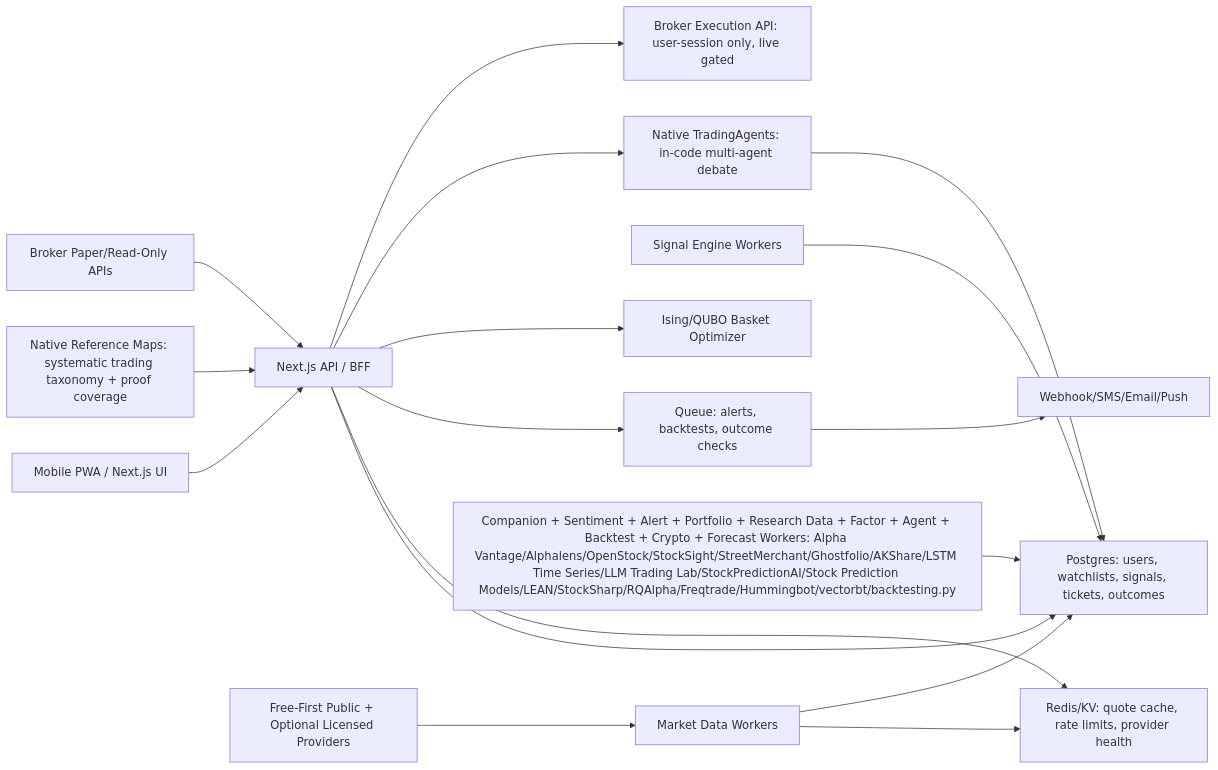
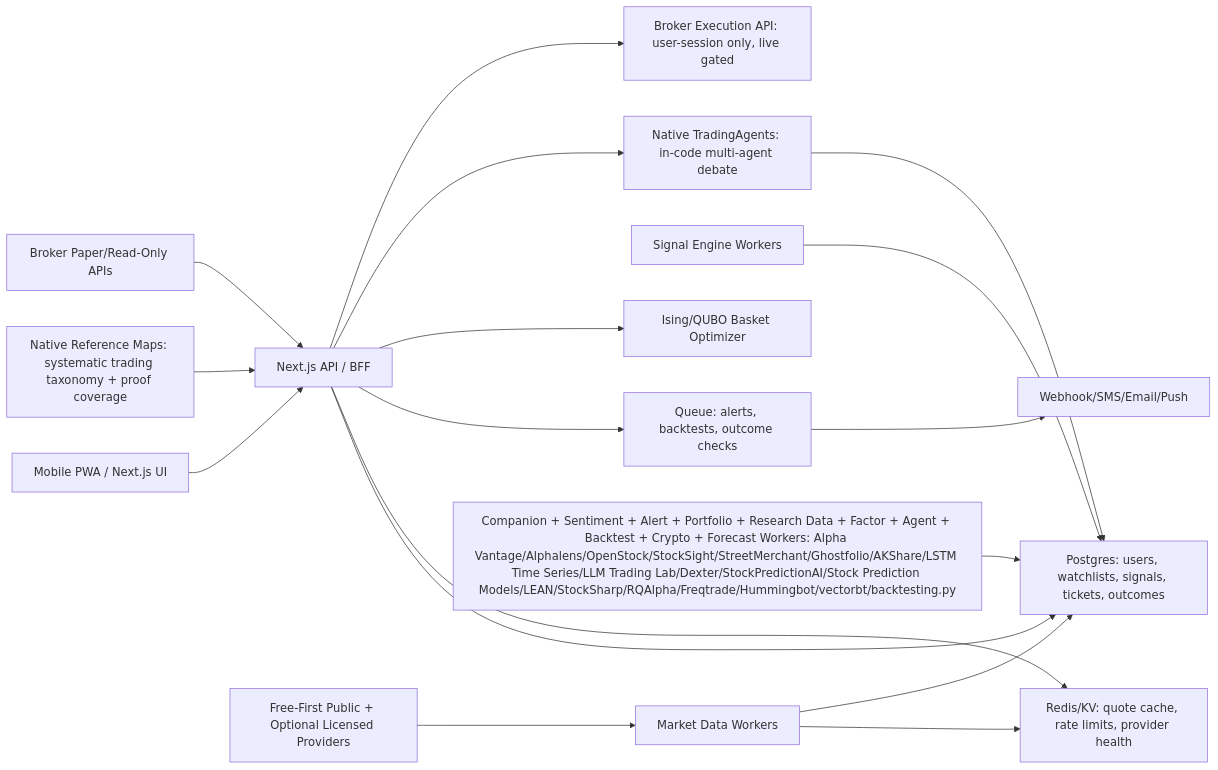
The diagram in docs/ARCHITECTURE.md (pinohu/trading-intel), drawn with Mermaid before and after one commit. The commit also changed other lines of this file and 13 other files, not shown here.

Commit message:
Add Dexter financial research agent lane

````diff
--- a/docs/ARCHITECTURE.md
+++ b/docs/ARCHITECTURE.md
@@ -36,19 +36,19 @@
 ```mermaid
 flowchart LR
   UI["Mobile PWA / Next.js UI"] --> BFF["Next.js API / BFF"]
   BFF --> DB["Postgres: users, watchlists, signals, tickets, outcomes"]
   BFF --> Cache["Redis/KV: quote cache, rate limits, provider health"]
   BFF --> Queue["Queue: alerts, backtests, outcome checks"]
   DataWorker["Market Data Workers"] --> Cache
   DataWorker --> DB
   Providers["Free-First Public + Optional Licensed Providers"] --> DataWorker
   SignalWorker["Signal Engine Workers"] --> DB
   BFF --> Ising["Ising/QUBO Basket Optimizer"]
   BFF --> TradingAgents["Native TradingAgents: in-code multi-agent debate"]
   TradingAgents --> DB
   ReferenceMaps["Native Reference Maps: systematic trading taxonomy + proof coverage"] --> BFF
-  BacktestWorker["Companion + Sentiment + Alert + Portfolio + Research Data + Factor + Agent + Backtest + Crypto + Forecast Workers: Alpha Vantage/Alphalens/OpenStock/StockSight/StreetMerchant/Ghostfolio/AKShare/LSTM Time Series/LLM Trading Lab/StockPredictionAI/Stock Prediction Models/LEAN/StockSharp/RQAlpha/Freqtrade/Hummingbot/vectorbt/backtesting.py"] --> DB
+  BacktestWorker["Companion + Sentiment + Alert + Portfolio + Research Data + Factor + Agent + Backtest + Crypto + Forecast Workers: Alpha Vantage/Alphalens/OpenStock/StockSight/StreetMerchant/Ghostfolio/AKShare/LSTM Time Series/LLM Trading Lab/Dexter/StockPredictionAI/Stock Prediction Models/LEAN/StockSharp/RQAlpha/Freqtrade/Hummingbot/vectorbt/backtesting.py"] --> DB
   Broker["Broker Paper/Read-Only APIs"] --> BFF
   BFF --> BrokerExec["Broker Execution API: user-session only, live gated"]
   Queue --> Alerts["Webhook/SMS/Email/Push"]
 ```
````
